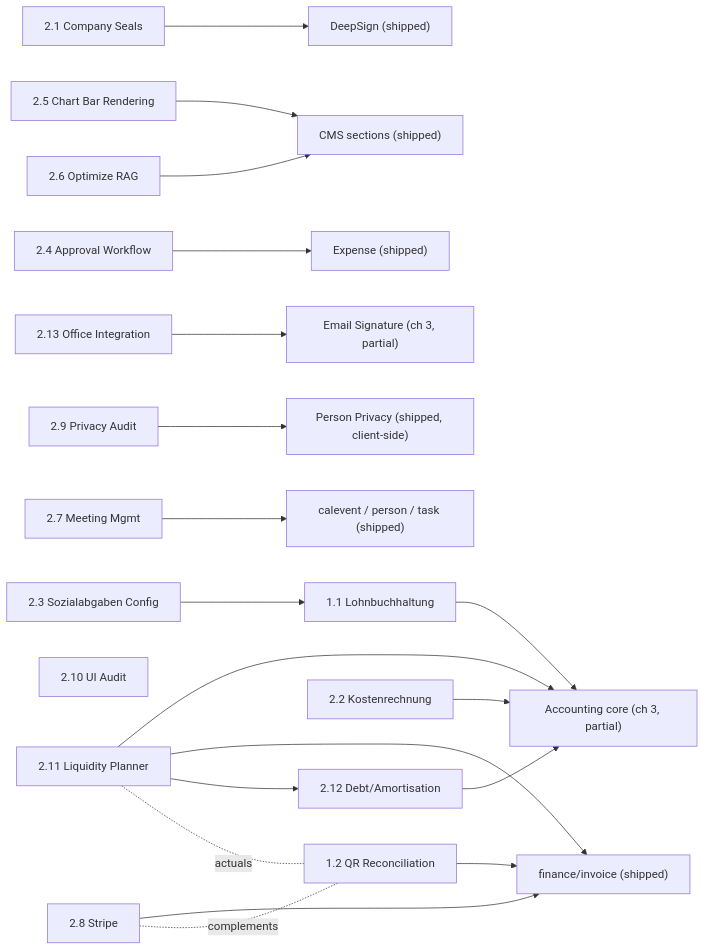
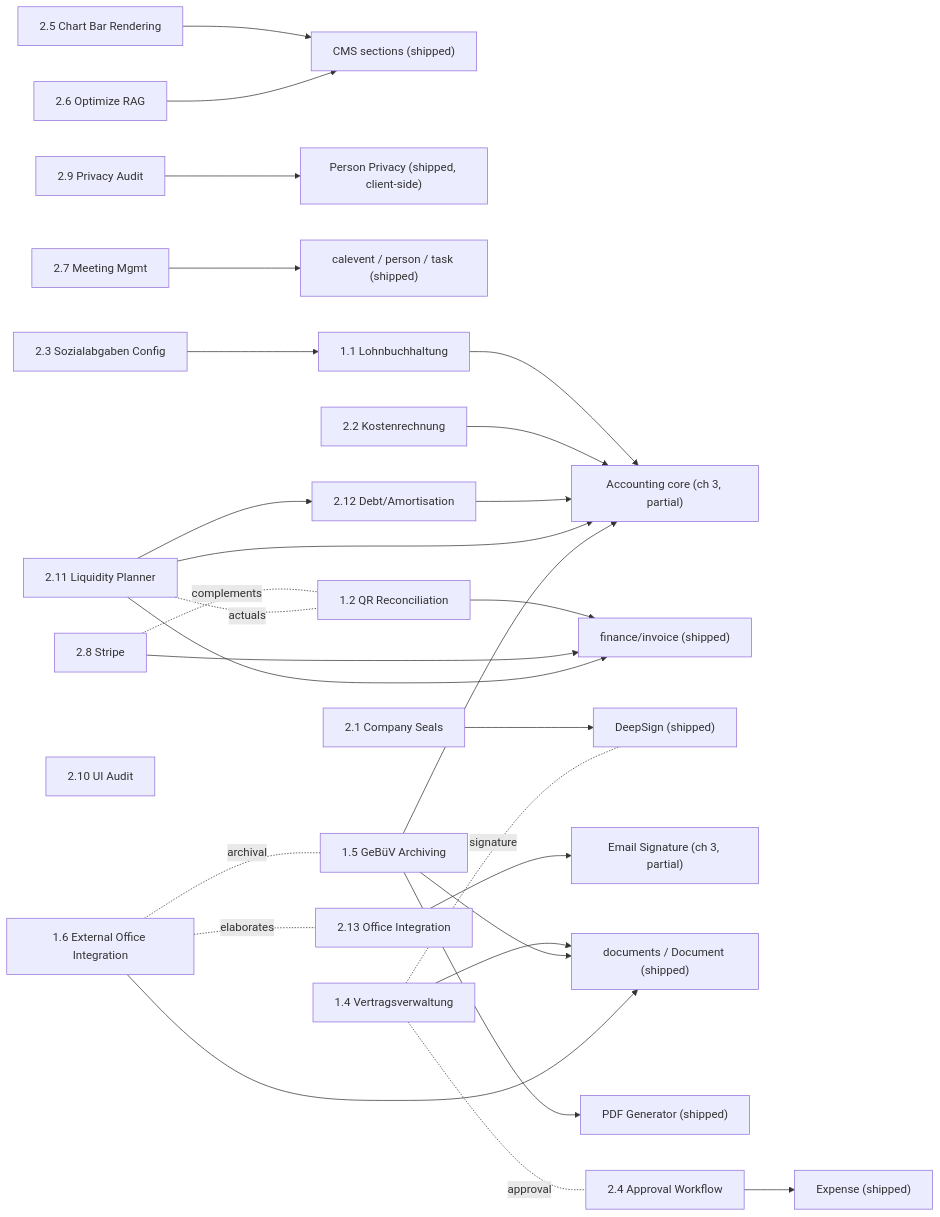
The diagram in docs/PENDING_IMPLEMENTATION.md (bkaiser-org/bk2), drawn with Mermaid before and after one commit. The commit also changed other lines of this file and 123 other files, not shown here.

````diff
--- a/docs/PENDING_IMPLEMENTATION.md
+++ b/docs/PENDING_IMPLEMENTATION.md
@@ -102,50 +123,65 @@
 ```mermaid
 graph LR
   %% anchors (existing / shipped or partial)
   ACCT["Accounting core (ch 3, partial)"]
   INV["finance/invoice (shipped)"]
   DEEPSIGN["DeepSign (shipped)"]
   CMS["CMS sections (shipped)"]
   EXP["Expense (shipped)"]
   ESIG["Email Signature (ch 3, partial)"]
   PRIVD["Person Privacy (shipped, client-side)"]
   CALPT["calevent / person / task (shipped)"]
+  DOCS["documents / Document (shipped)"]
+  PDFGEN["PDF Generator (shipped)"]
 
   %% awaiting implementation
   LOHN["1.1 Lohnbuchhaltung"]
   QR["1.2 QR Reconciliation"]
+  VTR["1.4 Vertragsverwaltung"]
+  GEBUEV["1.5 GeBüV Archiving"]
+  OFFEXT["1.6 External Office Integration"]
 
   %% ideas
   SEALS["2.1 Company Seals"]
   KOST["2.2 Kostenrechnung"]
   SOZ["2.3 Sozialabgaben Config"]
   APPR["2.4 Approval Workflow"]
   BAR["2.5 Chart Bar Rendering"]
   RAG["2.6 Optimize RAG"]
   MEET["2.7 Meeting Mgmt"]
   STRIPE["2.8 Stripe"]
   PAUDIT["2.9 Privacy Audit"]
   UIAUDIT["2.10 UI Audit"]
   LIQ["2.11 Liquidity Planner"]
   DEBT["2.12 Debt/Amortisation"]
   OFFICE["2.13 Office Integration"]
 
   LOHN --> ACCT
   QR --> INV
   SEALS --> DEEPSIGN
   KOST --> ACCT
   SOZ --> LOHN
   APPR --> EXP
   BAR --> CMS
   RAG --> CMS
   MEET --> CALPT
   STRIPE --> INV
   STRIPE -.complements.- QR
   PAUDIT --> PRIVD
   DEBT --> ACCT
   LIQ --> ACCT
   LIQ --> INV
   LIQ --> DEBT
   LIQ -.actuals.- QR
   OFFICE --> ESIG
+
+  VTR --> DOCS
+  VTR -.signature.- DEEPSIGN
+  VTR -.approval.- APPR
+  GEBUEV --> DOCS
+  GEBUEV --> ACCT
+  GEBUEV --> PDFGEN
+  OFFEXT --> DOCS
+  OFFEXT -.elaborates.- OFFICE
+  OFFEXT -.archival.- GEBUEV
 ```
````
